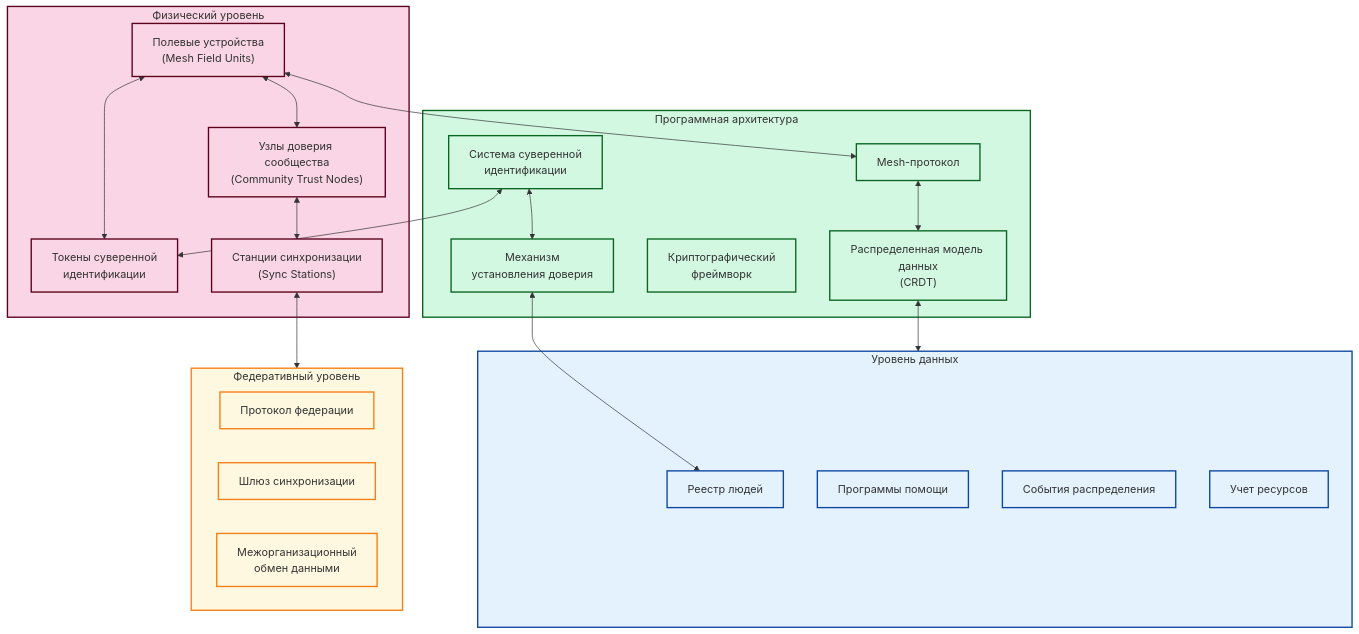
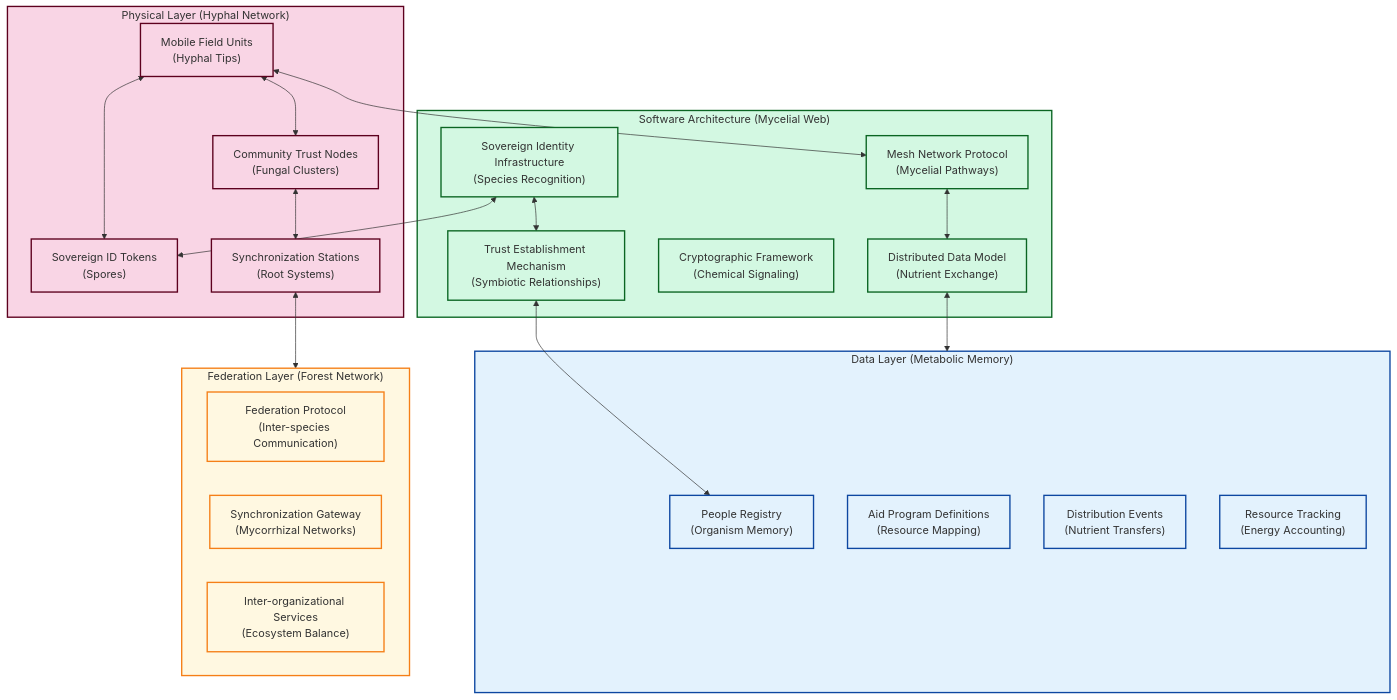
One commit to Ablikon/Endterm changed the first of 7 diagrams in Endterm/6 task/MESA_Humanitarian_Aid_System.md. Above: the diagram before and after it, drawn with Mermaid. The commit also changed other lines of this file, not shown here.

````diff
--- a/Endterm/6 task/MESA_Humanitarian_Aid_System.md
+++ b/Endterm/6 task/MESA_Humanitarian_Aid_System.md
@@ -28,56 +30,56 @@
 ```mermaid
 flowchart TD
-    subgraph PhysicalLayer["Физический уровень"]
-        MFU["Полевые устройства<br>(Mesh Field Units)"]
-        CTN["Узлы доверия сообщества<br>(Community Trust Nodes)"]
-        SIT["Токены суверенной<br>идентификации"]
-        SS["Станции синхронизации<br>(Sync Stations)"]
+    subgraph PhysicalLayer["Physical Layer (Hyphal Network)"]
+        MFU["Mobile Field Units<br>(Hyphal Tips)"]
+        CTN["Community Trust Nodes<br>(Fungal Clusters)"]
+        SIT["Sovereign ID Tokens<br>(Spores)"]
+        SS["Synchronization Stations<br>(Root Systems)"]
     end
     
-    subgraph SoftwareLayer["Программная архитектура"]
-        DDM["Распределенная модель данных<br>(CRDT)"]
-        MNP["Mesh-протокол"]
-        CF["Криптографический<br>фреймворк"]
-        SII["Система суверенной<br>идентификации"]
-        TEM["Механизм<br>установления доверия"]
+    subgraph SoftwareLayer["Software Architecture (Mycelial Web)"]
+        DDM["Distributed Data Model<br>(Nutrient Exchange)"]
+        MNP["Mesh Network Protocol<br>(Mycelial Pathways)"]
+        CF["Cryptographic Framework<br>(Chemical Signaling)"]
+        SII["Sovereign Identity Infrastructure<br>(Species Recognition)"]
+        TEM["Trust Establishment Mechanism<br>(Symbiotic Relationships)"]
     end
     
-    subgraph DataLayer["Уровень данных"]
-        PR["Реестр людей"]
-        APD["Программы помощи"]
-        DE["События распределения"]
-        RT["Учет ресурсов"]
+    subgraph DataLayer["Data Layer (Metabolic Memory)"]
+        PR["People Registry<br>(Organism Memory)"]
+        APD["Aid Program Definitions<br>(Resource Mapping)"]
+        DE["Distribution Events<br>(Nutrient Transfers)"]
+        RT["Resource Tracking<br>(Energy Accounting)"]
     end
     
-    subgraph FederationLayer["Федеративный уровень"]
-        FP["Протокол федерации"]
-        SG["Шлюз синхронизации"]
-        IS["Межорганизационный<br>обмен данными"]
+    subgraph FederationLayer["Federation Layer (Forest Network)"]
+        FP["Federation Protocol<br>(Inter-species Communication)"]
+        SG["Synchronization Gateway<br>(Mycorrhizal Networks)"]
+        IS["Inter-organizational Services<br>(Ecosystem Balance)"]
     end
     
     %% Connections between components
     MFU <--> MNP
     MFU <--> SIT
     MFU <--> CTN
     CTN <--> SS
     SS <--> FederationLayer
     
     MNP <--> DDM
     DDM <--> DataLayer
     
     SII <--> SIT
     SII <--> TEM
     
     TEM <--> PR
     
     %% Styling
     classDef physical fill:#f9d5e5,stroke:#5d001e,stroke-width:2px
     classDef software fill:#d3f8e2,stroke:#0a6522,stroke-width:2px
     classDef data fill:#e3f2fd,stroke:#0d47a1,stroke-width:2px
     classDef federation fill:#fff8e1,stroke:#f57f17,stroke-width:2px
     
     class PhysicalLayer,MFU,CTN,SIT,SS physical
     class SoftwareLayer,DDM,MNP,CF,SII,TEM software
     class DataLayer,PR,APD,DE,RT data
     class FederationLayer,FP,SG,IS federation
 ```
````
